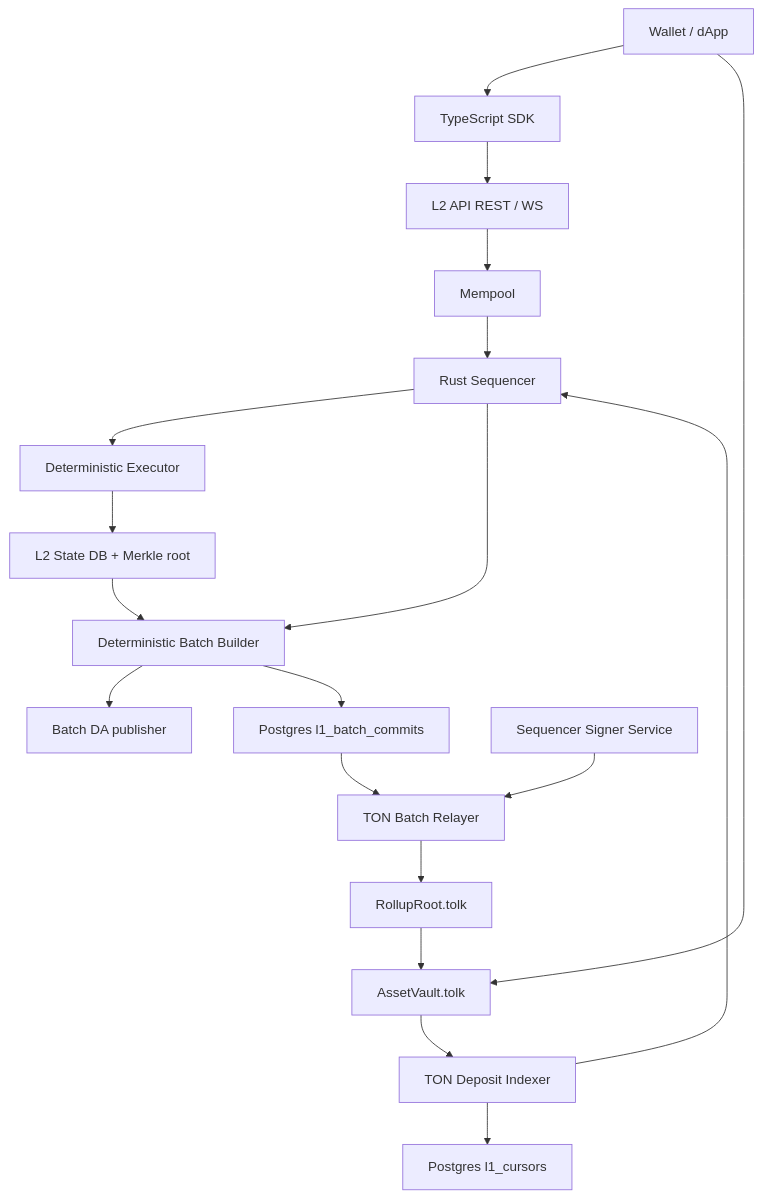
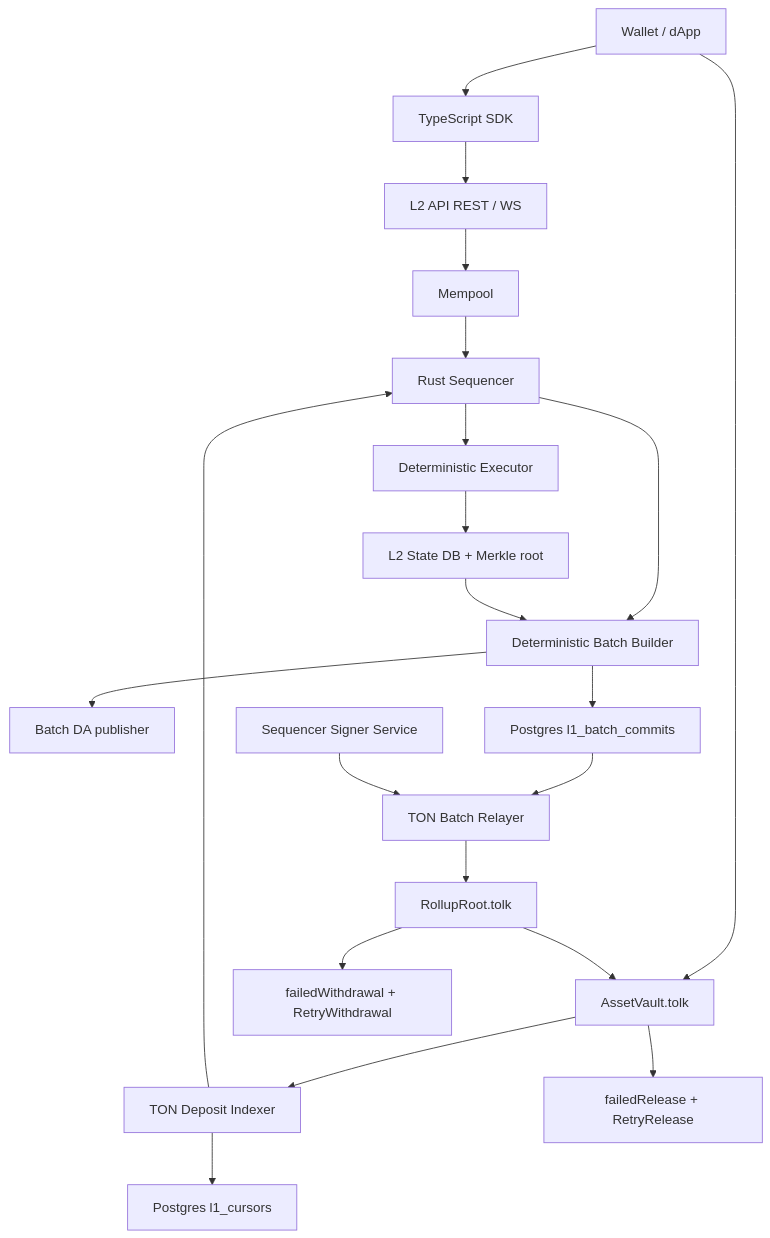
The diagram in docs/architecture.md (SoftwareMaestro16/L2-Layer), drawn with Mermaid before and after one commit. The commit also changed other lines of this file and 14 other files, not shown here.

````diff
--- a/docs/architecture.md
+++ b/docs/architecture.md
@@ -3,21 +3,23 @@
 ```mermaid
 flowchart TB
   User["Wallet / dApp"] --> SDK["TypeScript SDK"]
   SDK --> API["L2 API REST / WS"]
   API --> Mempool["Mempool"]
   Mempool --> Sequencer["Rust Sequencer"]
   Indexer["TON Deposit Indexer"] --> Sequencer
   Indexer --> Cursor["Postgres l1_cursors"]
   Sequencer --> Executor["Deterministic Executor"]
   Executor --> State["L2 State DB + Merkle root"]
   Sequencer --> Builder["Deterministic Batch Builder"]
   State --> Builder
   Builder --> DA["Batch DA publisher"]
   Builder --> CommitQueue["Postgres l1_batch_commits"]
   CommitQueue --> Relayer["TON Batch Relayer"]
   Signer["Sequencer Signer Service"] --> Relayer
   Relayer --> Root["RollupRoot.tolk"]
   User --> Vault["AssetVault.tolk"]
   Root --> Vault
+  Root --> RootRetry["failedWithdrawal + RetryWithdrawal"]
+  Vault --> VaultRetry["failedRelease + RetryRelease"]
   Vault --> Indexer
 ```
````
